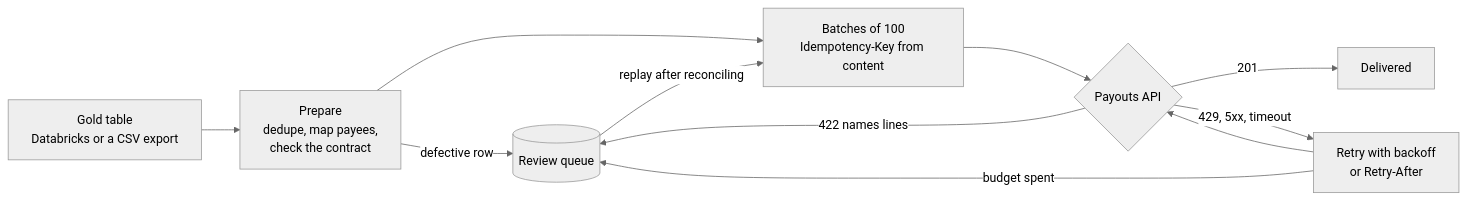
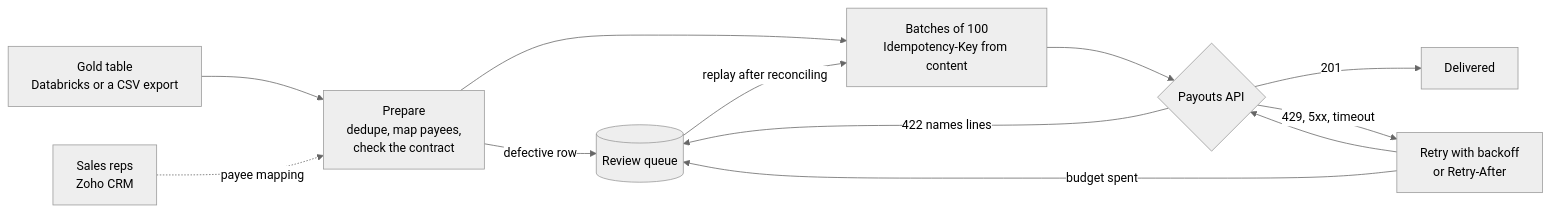
Before and after one commit to lobby9000/puente: the diagram in README.md, drawn with Mermaid (neutral theme). The commit also changed other lines of this file and 20 other files, not shown here.

````diff
--- a/README.md
+++ b/README.md
@@ -26,13 +26,14 @@
 ```mermaid
 flowchart LR
     S[Gold table<br/>Databricks or a CSV export] --> P[Prepare<br/>dedupe, map payees,<br/>check the contract]
+    Z[Sales reps<br/>Zoho CRM] -. payee mapping .-> P
     P -- defective row --> R[(Review queue)]
     P --> B[Batches of 100<br/>Idempotency-Key from content]
     B --> API{Payouts API}
     API -- 201 --> D[Delivered]
     API -- 422 names lines --> R
     API -- 429, 5xx, timeout --> T[Retry with backoff<br/>or Retry-After]
     T --> API
     T -- budget spent --> R
     R -- replay after reconciling --> B
 ```
````
